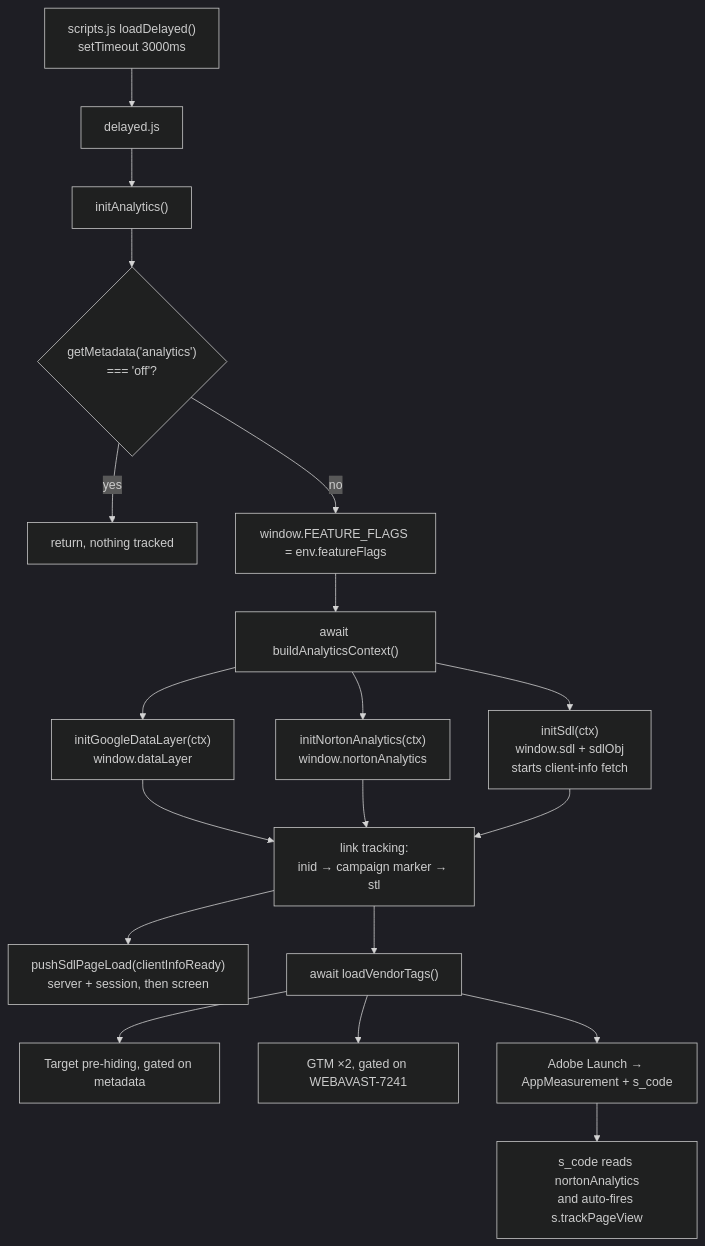
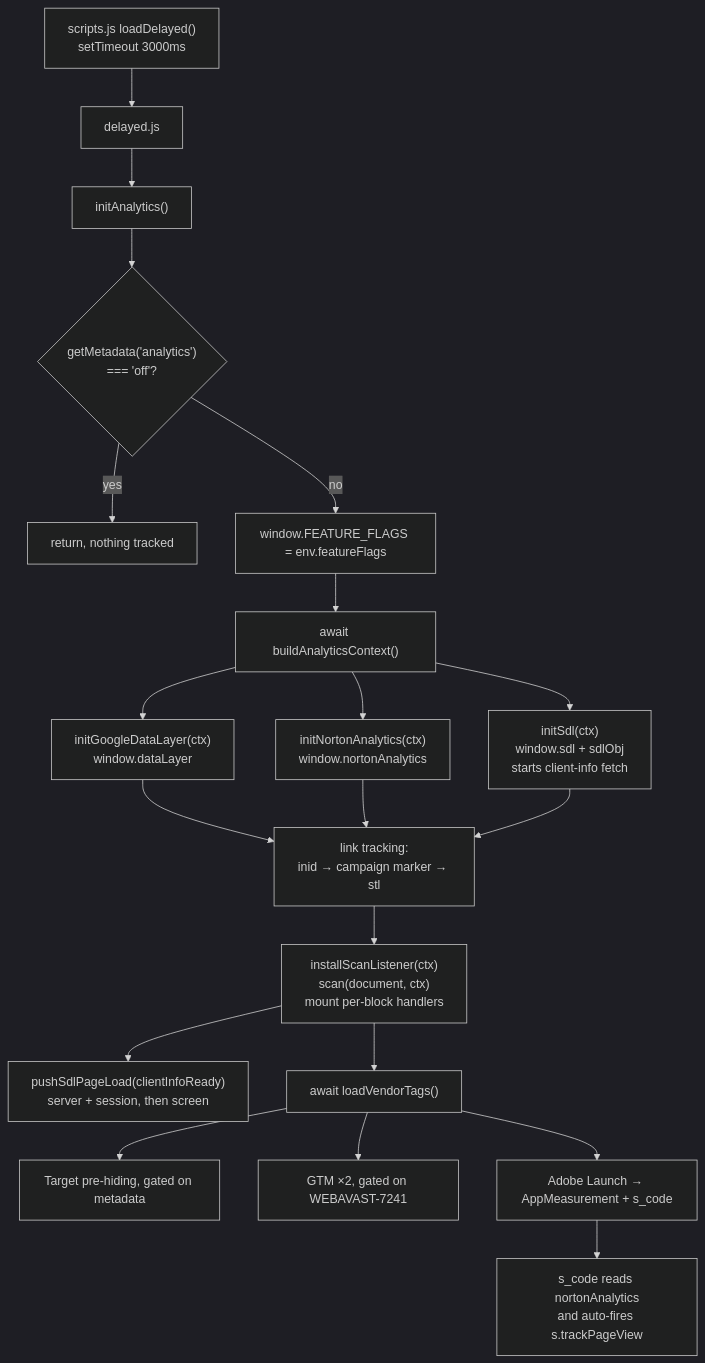
One commit to santhoshkumarsrg/eds-ue-avg-san changed the diagram in docs/analytics-implementation.md. Above: the diagram before and after it, drawn with Mermaid (dark theme). The commit also changed other lines of this file and 10 other files, not shown here.

````diff
--- a/docs/analytics-implementation.md
+++ b/docs/analytics-implementation.md
@@ -97,21 +109,22 @@
 ```mermaid
 flowchart TD
   A["scripts.js loadDelayed()<br/>setTimeout 3000ms"] --> B[delayed.js]
   B --> C["initAnalytics()"]
   C --> D{"getMetadata('analytics')<br/>=== 'off'?"}
   D -- yes --> Z[return, nothing tracked]
   D -- no --> E["window.FEATURE_FLAGS = env.featureFlags"]
   E --> F["await buildAnalyticsContext()"]
   F --> G["initGoogleDataLayer(ctx)<br/>window.dataLayer"]
   F --> H["initNortonAnalytics(ctx)<br/>window.nortonAnalytics"]
   F --> I["initSdl(ctx)<br/>window.sdl + sdlObj<br/>starts client-info fetch"]
   G --> J["link tracking:<br/>inid → campaign marker → stl"]
   H --> J
   I --> J
-  J --> P["pushSdlPageLoad(clientInfoReady)<br/>server + session, then screen"]
-  J --> K["await loadVendorTags()"]
+  J --> Q["installScanListener(ctx)<br/>scan(document, ctx)<br/>mount per-block handlers"]
+  Q --> P["pushSdlPageLoad(clientInfoReady)<br/>server + session, then screen"]
+  Q --> K["await loadVendorTags()"]
   K --> L[Target pre-hiding, gated on metadata]
   K --> M["GTM ×2, gated on WEBAVAST-7241"]
   K --> N[Adobe Launch → AppMeasurement + s_code]
   N --> O["s_code reads nortonAnalytics<br/>and auto-fires s.trackPageView"]
 ```
````
